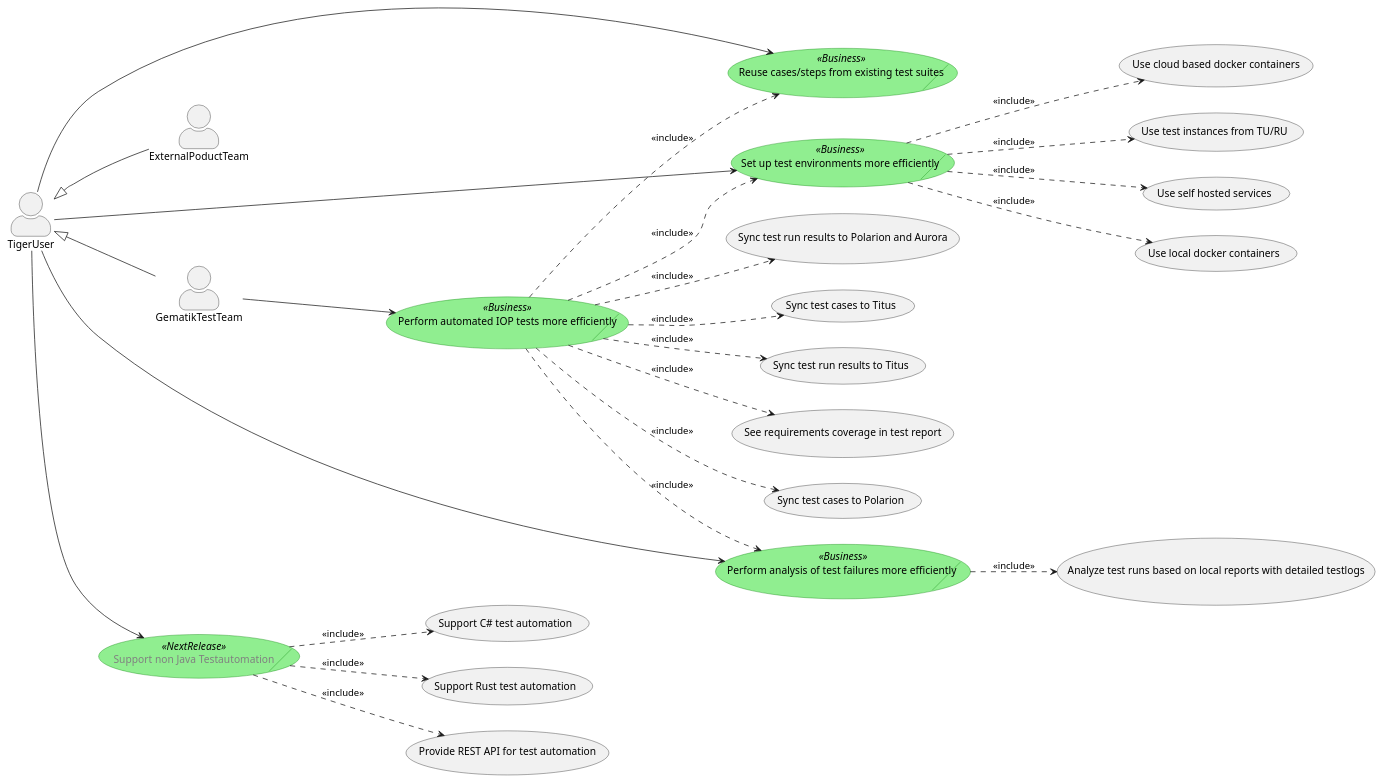
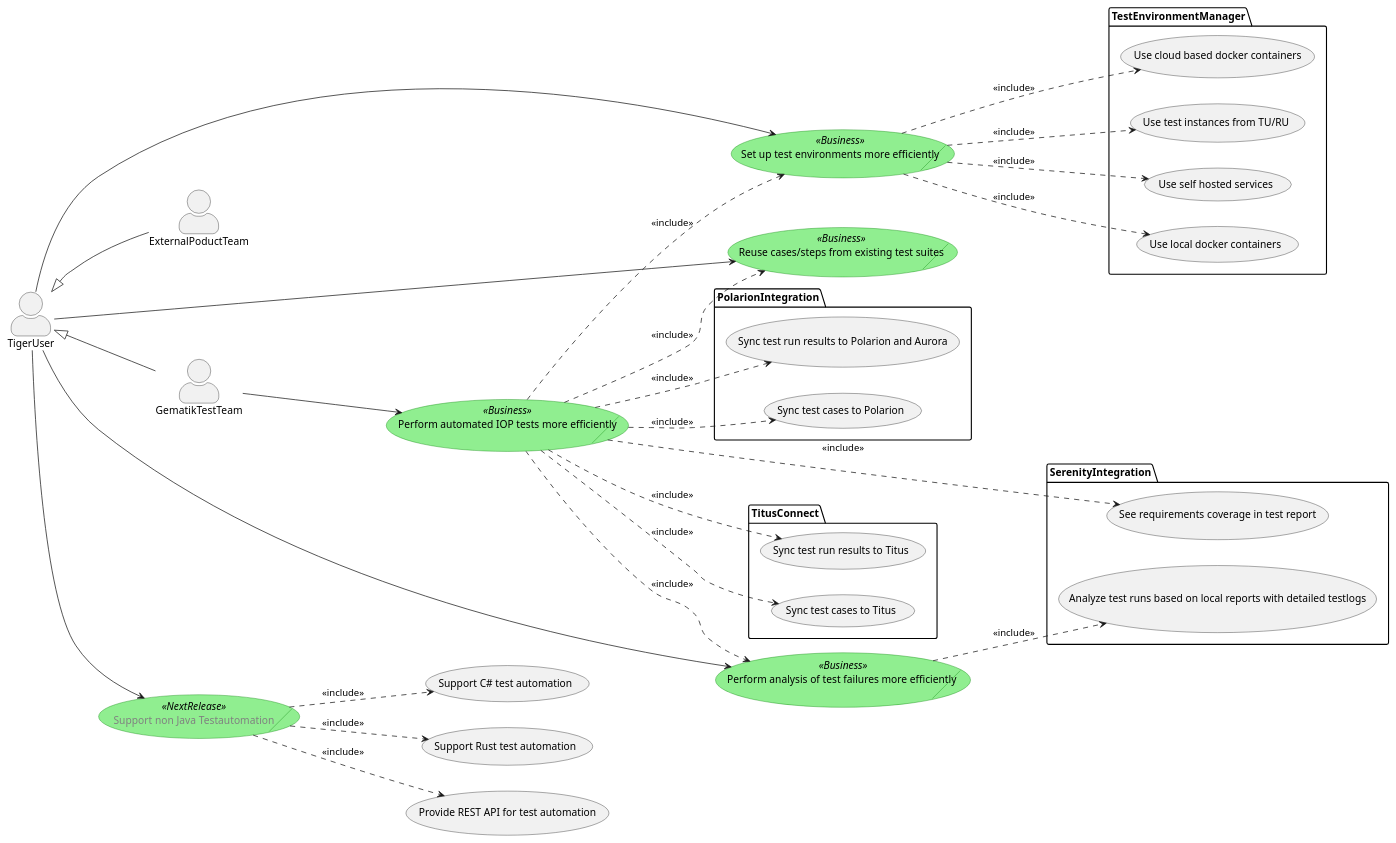
One commit to gematik/app-Tiger changed the diagram in doc/specification/tiger_use_cases.puml. Above: the diagram before and after it, drawn with PlantUML. The commit also changed other lines of this file and 2 other files, not shown here.

```diff
--- a/doc/specification/tiger_use_cases.puml
+++ b/doc/specification/tiger_use_cases.puml
@@ -1,84 +1,84 @@
 @startuml
 
 skinparam actorStyle awesome
 
 skinparam usecase {
     BackgroundColor<<Business>> LightGreen
     BorderColor<<Business>> Green
     BackgroundColor<<NextRelease>> LightGreen
     FontColor<<NextRelease>> Gray
     BorderColor<<NextRelease>> Green
 }
 
 skinparam StereotypeTitleOpening [
 skinparam StereotypeTitleClosing ]
 
 actor TigerUser as tigUsr
 actor GematikTestTeam as gemTT
 actor ExternalPoductTeam as extProd
 
 left to right direction
 
 tigUsr <|-- gemTT
 tigUsr <|-- extProd
 
 usecase/ "Reuse cases/steps from existing test suites"  as BBSUC1 << Business >>
 usecase/ "Set up test environments more efficiently" as BBSUC2 << Business >>
 usecase/ "Perform automated IOP tests more efficiently" as BBSUC3 << Business >>
 usecase/ "Perform analysis of test failures more efficiently " as BBSUC4 << Business >>
 usecase/ "Support non Java Testautomation" as BBSUC5 << NextRelease >>
 
 tigUsr --> BBSUC1
 tigUsr --> BBSUC2
 gemTT --> BBSUC3
 tigUsr --> BBSUC4
 tigUsr --> BBSUC5
 
-' package TestEnvironmentManager {
+package TestEnvironmentManager {
     usecase "Use local docker containers" as TEMUC1
     usecase "Use cloud based docker containers" as TEMUC3
     usecase "Use test instances from TU/RU" as TEMUC2
     usecase "Use self hosted services" as TEMUC4
-' }
+}
 
-' package TitusConnect {
+package TitusConnect {
   usecase "Sync test cases to Titus" as TCUC1
   usecase "Sync test run results to Titus" as TCUC2
-' }
+}
 
-' package SerenityIntegration {
+package SerenityIntegration {
     usecase "Analyze test runs based on local reports with detailed testlogs" as SIUC1
     usecase "See requirements coverage in test report" as SIUC2
-' }
+}
 
-' package PolarionIntegration {
+package PolarionIntegration {
     usecase "Sync test cases to Polarion" as PIUC1
     usecase "Sync test run results to Polarion and Aurora" as PIUC2
-' }
+}
 
 usecase "Support C# test automation" as NJTUC1
 usecase "Support Rust test automation" as NJTUC2
 usecase "Provide REST API for test automation" as NJTUC3
 
 BBSUC2 ..> TEMUC1  : &#171;include&#187;
 BBSUC2 ..> TEMUC2 : &#171;include&#187;
 BBSUC2 ..> TEMUC3 : &#171;include&#187;
 BBSUC2 ..> TEMUC4 : &#171;include&#187;
 
 BBSUC3 ..> BBSUC1 : &#171;include&#187;
 BBSUC3 ..> BBSUC2 : &#171;include&#187;
 BBSUC3 ..> BBSUC4 : &#171;include&#187;
 
 BBSUC3 ..> TCUC1  : &#171;include&#187;
 BBSUC3 ..> TCUC2  : &#171;include&#187;
 BBSUC3 ..> SIUC2  : &#171;include&#187;
 BBSUC3 ..> PIUC1  : &#171;include&#187;
 BBSUC3 ..> PIUC2  : &#171;include&#187;
 
 BBSUC4 ..> SIUC1  : &#171;include&#187;
 
 BBSUC5 ..> NJTUC1  : &#171;include&#187;
 BBSUC5 ..> NJTUC2  : &#171;include&#187;
 BBSUC5 ..> NJTUC3  : &#171;include&#187;
 
 @enduml
```
